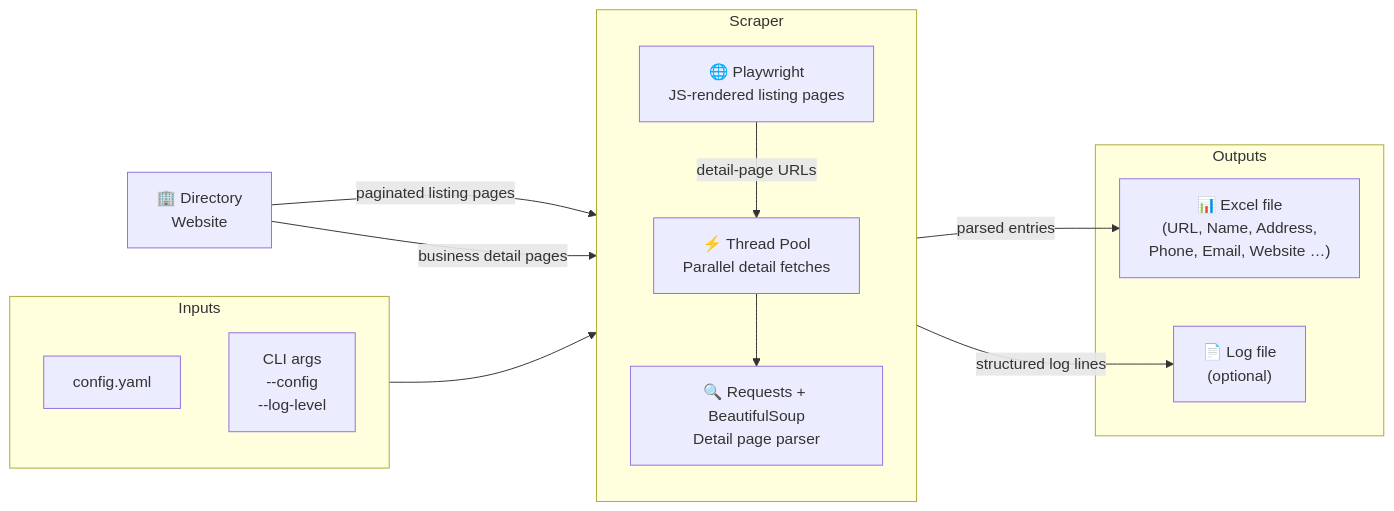
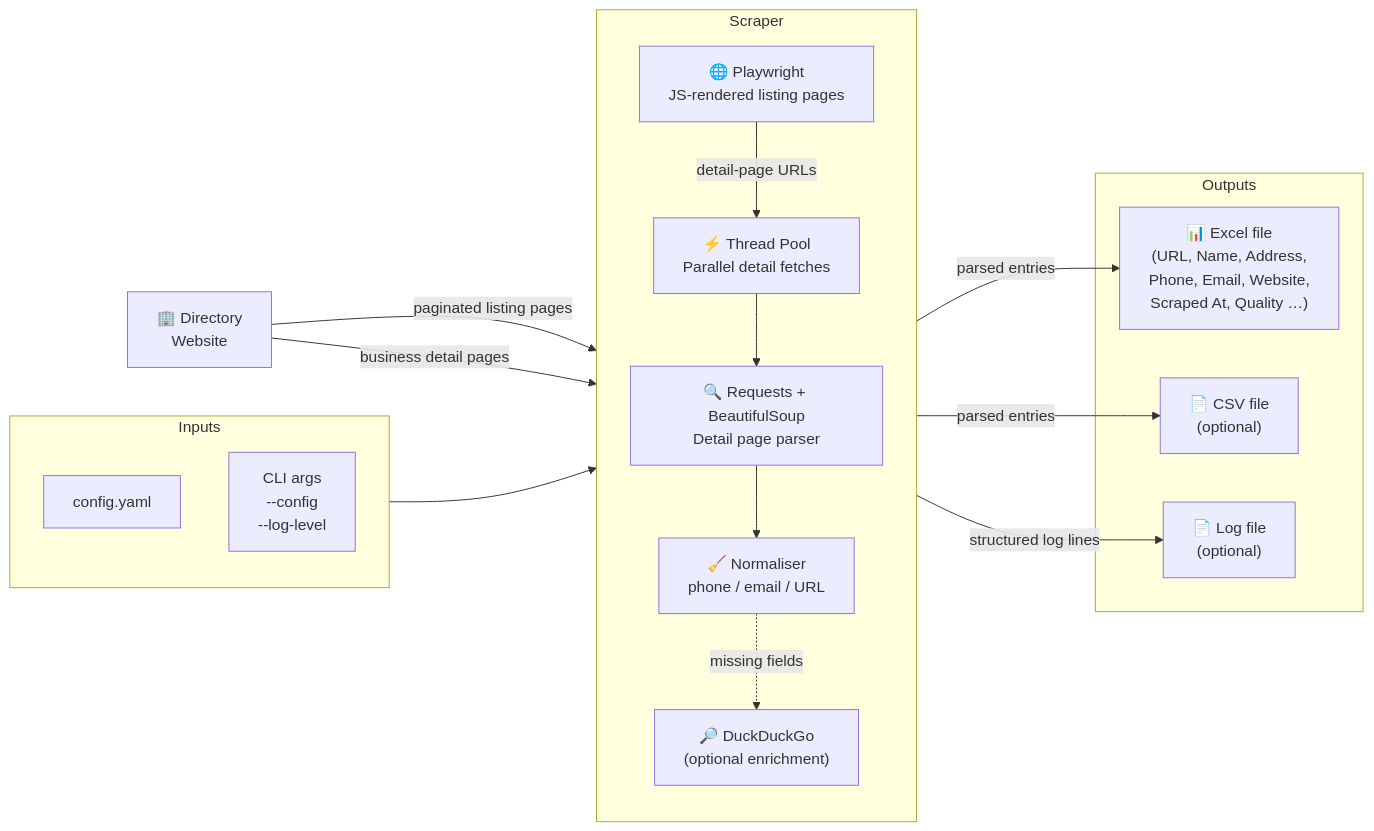
The second of 2 diagrams in README.md (jakobeichberger/Business-Directory-Scraper), drawn with Mermaid before and after one commit. The commit also changed other lines of this file and 2 other files, not shown here.

Commit message:
Improve usability, data structure, and missing-data handling

````diff
--- a/README.md
+++ b/README.md
@@ -37,27 +45,33 @@
 ```mermaid
 flowchart LR
     subgraph inputs [" Inputs "]
         CFG[config.yaml]
         CLI[CLI args\n--config\n--log-level]
     end
 
     subgraph scraper [" Scraper "]
         direction TB
         PW["🌐 Playwright\nJS-rendered listing pages"]
         TP["⚡ Thread Pool\nParallel detail fetches"]
         RQ["🔍 Requests + BeautifulSoup\nDetail page parser"]
+        NRM["🧹 Normaliser\nphone / email / URL"]
+        DDG["🔎 DuckDuckGo\n(optional enrichment)"]
         PW -- "detail-page URLs" --> TP
         TP --> RQ
+        RQ --> NRM
+        NRM -. "missing fields" .-> DDG
     end
 
     subgraph outputs [" Outputs "]
-        XL["📊 Excel file\n(URL, Name, Address,\nPhone, Email, Website …)"]
+        XL["📊 Excel file\n(URL, Name, Address,\nPhone, Email, Website,\nScraped At, Quality …)"]
+        CSV["📄 CSV file\n(optional)"]
         LOG["📄 Log file\n(optional)"]
     end
 
     WEB["🏢 Directory\nWebsite"] -- "paginated listing pages" --> PW
     WEB -- "business detail pages" --> RQ
     inputs --> scraper
-    RQ -- "parsed entries" --> XL
+    NRM -- "parsed entries" --> XL
+    NRM -- "parsed entries" --> CSV
     scraper -- "structured log lines" --> LOG
 ```
````
